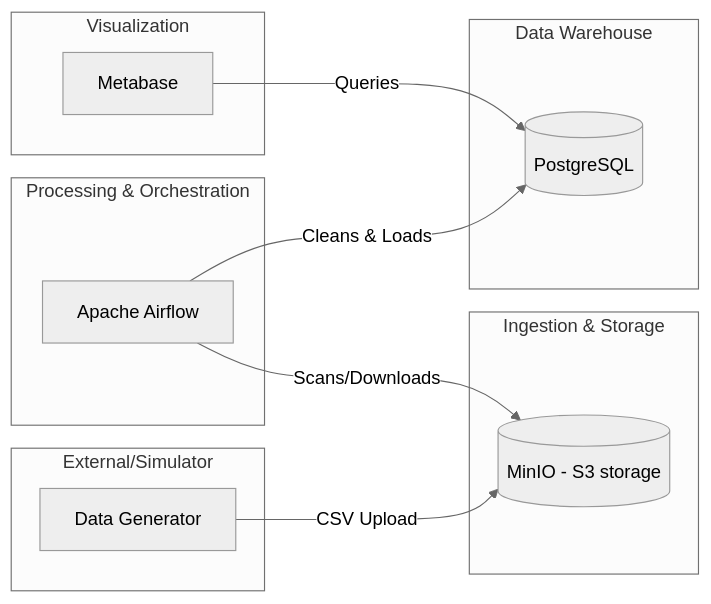
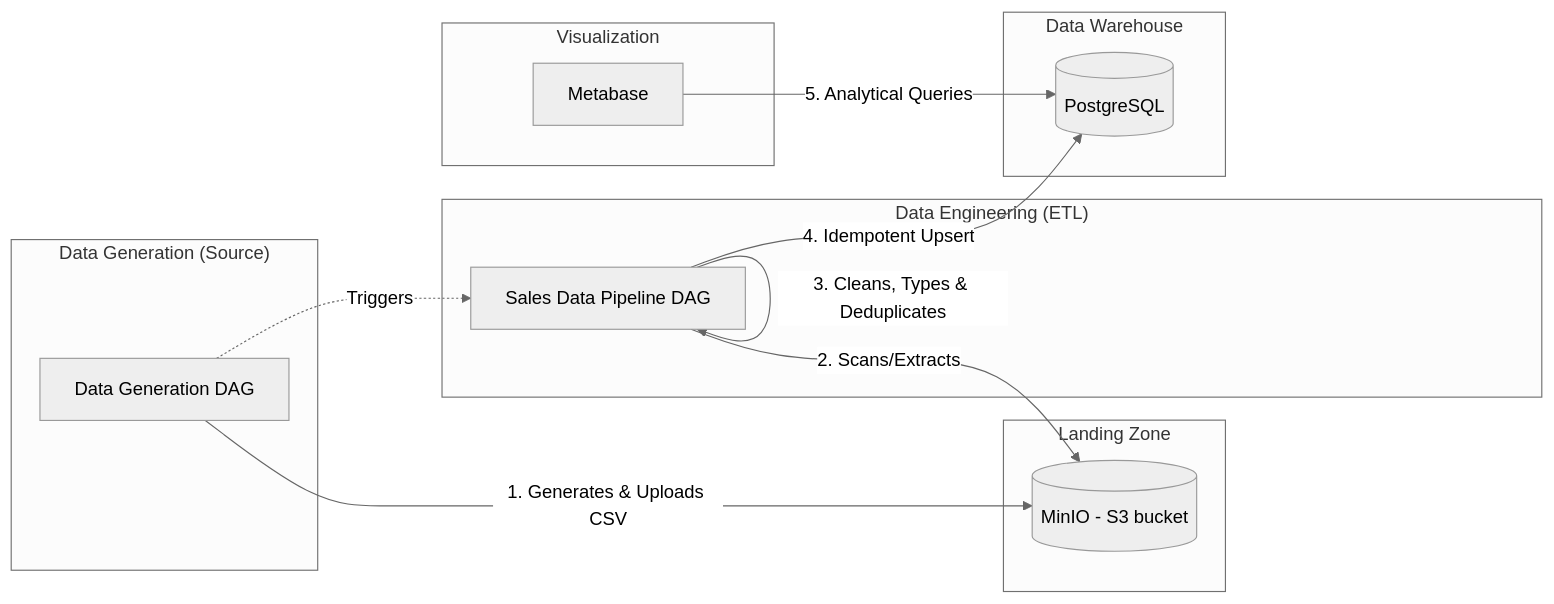
One commit to Xenongt1/MINI_DATA_PLATFORM changed the diagram in README.md. Above: the diagram before and after it, drawn with Mermaid (neutral theme). The commit also changed other lines of this file and 3 other files, not shown here.

Commit message:
feat: implement data_generation_dag, expand test suite, and update README

````diff
--- a/README.md
+++ b/README.md
@@ -7,27 +7,31 @@
 ```mermaid
 graph LR
-    subgraph "External/Simulator"
-        G[Data Generator]
+    subgraph "Data Generation (Source)"
+        G[Data Generation DAG]
     end
 
-    subgraph "Ingestion & Storage"
-        M[(MinIO - S3 storage)]
+    subgraph "Landing Zone"
+        M[(MinIO - S3 bucket)]
     end
 
-    subgraph "Processing & Orchestration"
-        A[Apache Airflow]
+    subgraph "Data Engineering (ETL)"
+        A[Sales Data Pipeline DAG]
     end
 
     subgraph "Data Warehouse"
         P[(PostgreSQL)]
     end
 
     subgraph "Visualization"
         MB[Metabase]
     end
 
-    G -- CSV Upload --> M
-    A -- Scans/Downloads --> M
-    A -- Cleans & Loads --> P
-    MB -- Queries --> P
+    G -- 1. Generates & Uploads CSV --> M
+    A -- 2. Scans/Extracts --> M
+    A -- 3. Cleans, Types & Deduplicates --> A
+    A -- 4. Idempotent Upsert --> P
+    MB -- 5. Analytical Queries --> P
+    
+    %% Automatic Trigger relation
+    G -. Triggers .-> A
 ```
````
